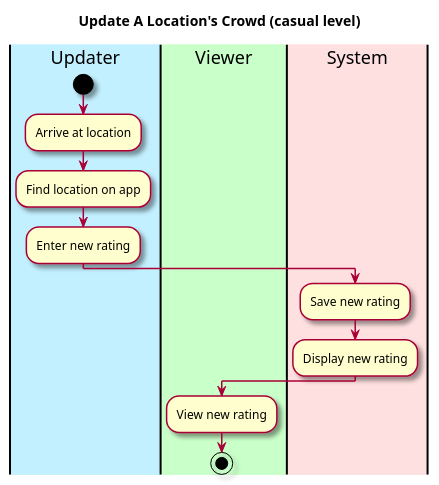
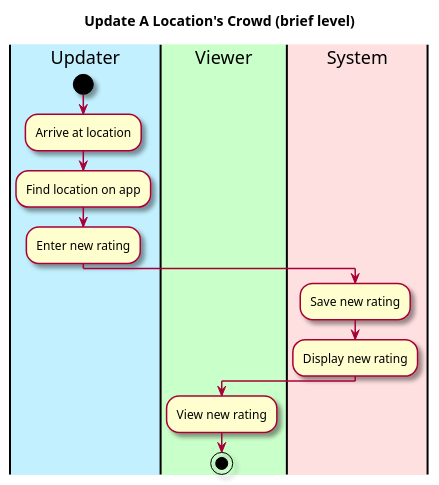
One commit to manoushpajouh/Vassar-Crowdmeter changed the diagram in intellij/documentation/use_cases/report_busyness.md. Above: the diagram before and after it, drawn with PlantUML.

Commit message:
fixing UML diagram

````diff
--- a/intellij/documentation/use_cases/report_busyness.md
+++ b/intellij/documentation/use_cases/report_busyness.md
@@ -43,29 +43,29 @@
 ```plantuml
 @startuml
 
 skin rose
 
-title Update A Location's Crowd (casual level)
+title Update A Location's Crowd (brief level)
 
 'define the lanes
 |#application|Updater|
 |#technology|Viewer|
 |#implementation|System|
 
 |Updater|
 start
 :Arrive at location;
 :Find location on app;
 :Enter new rating;
 
 |System|
 :Save new rating;
 :Display new rating;
 
 
 |Viewer|
 :View new rating;
 
 stop
 @enduml
 ```
````
